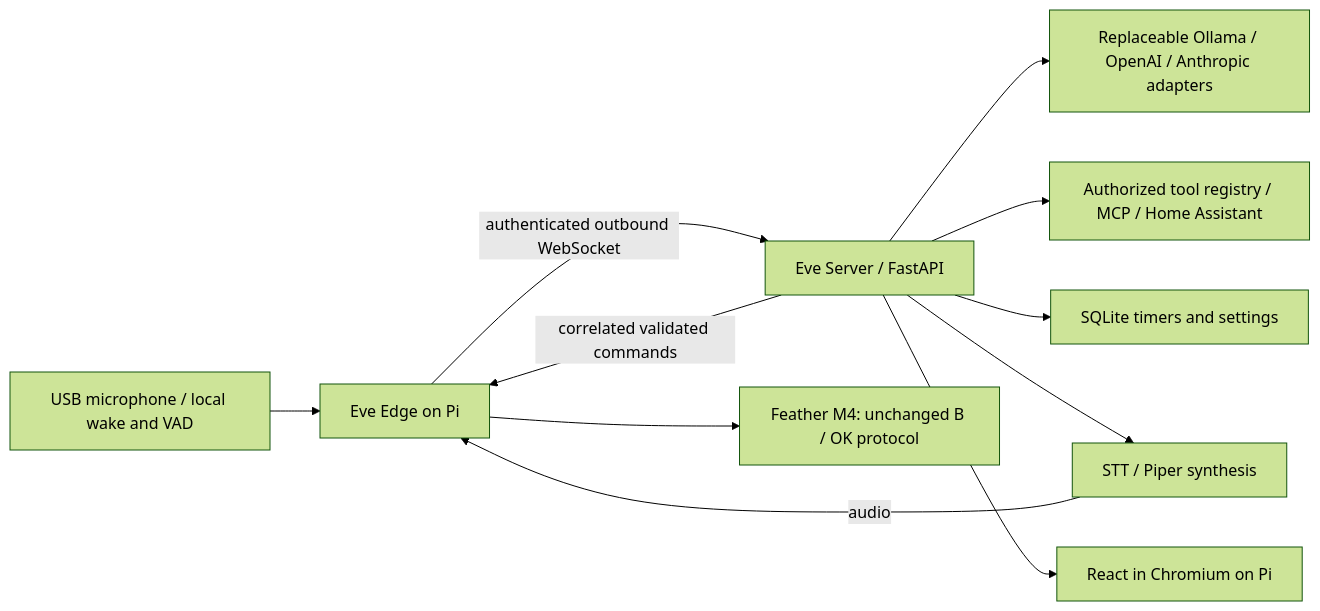
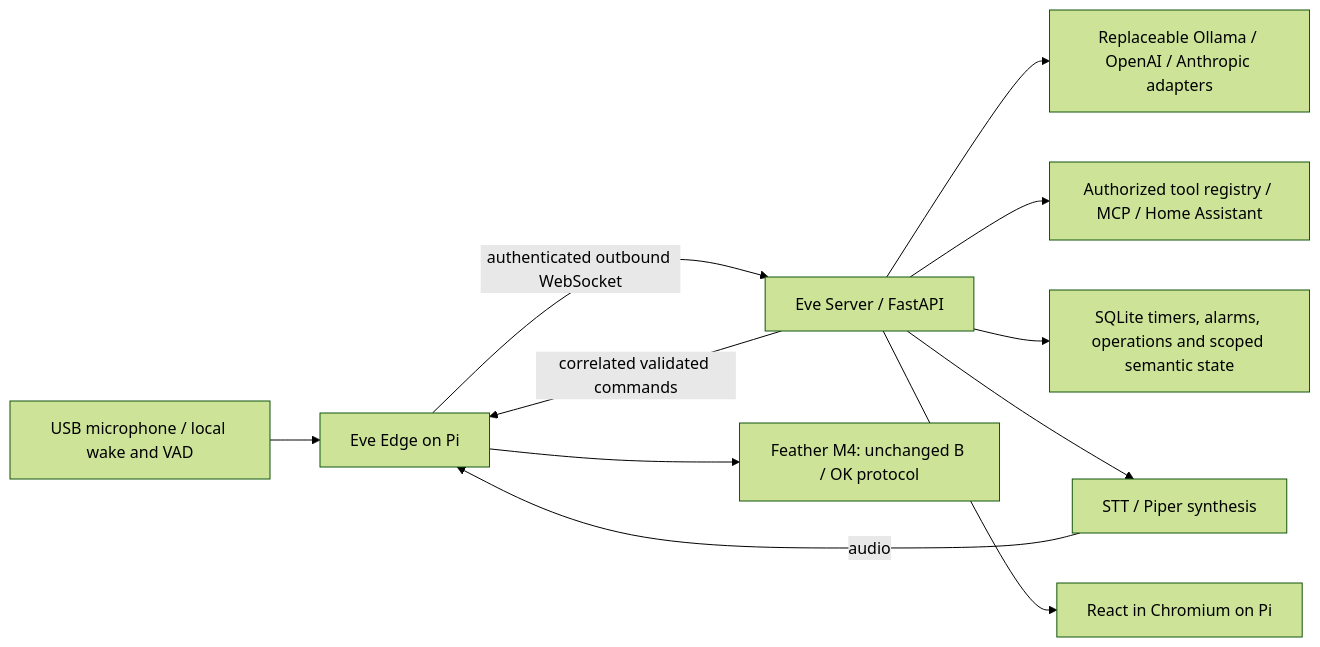
The diagram in docs/ARCHITECTURE.md (NoUhMaybe/EveMirror), drawn with Mermaid (forest theme) before and after one commit. The commit also changed other lines of this file and 51 other files, not shown here.

Commit message:
Add persistent timers, weather, restricted home/media tools and semantic state

````diff
--- a/docs/ARCHITECTURE.md
+++ b/docs/ARCHITECTURE.md
@@ -3,13 +3,13 @@
 ```mermaid
 flowchart LR
   Mic[USB microphone / local wake and VAD] --> Edge[Eve Edge on Pi]
   Edge -->|authenticated outbound WebSocket| Server[Eve Server / FastAPI]
   Server -->|correlated validated commands| Edge
   Edge --> Feather[Feather M4: unchanged B / OK protocol]
   Server --> Providers[Replaceable Ollama / OpenAI / Anthropic adapters]
   Server --> Tools[Authorized tool registry / MCP / Home Assistant]
-  Server --> State[SQLite timers and settings]
+  Server --> State[SQLite timers, alarms, operations and scoped semantic state]
   Server --> Speech[STT / Piper synthesis]
   Speech -->|audio| Edge
   Server --> Dashboard[React in Chromium on Pi]
 ```
````
